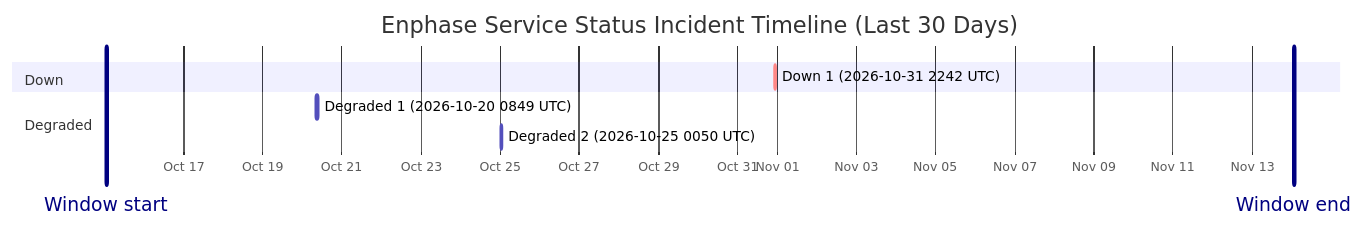
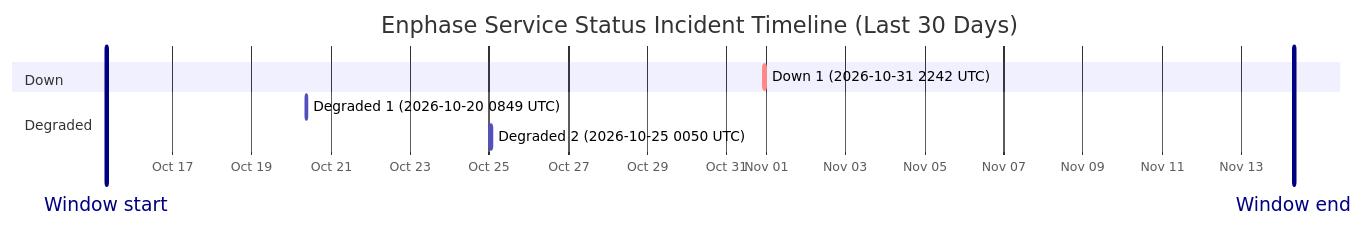
The diagram in wiki/Service-Status-History.md (barneyonline/ha-enphase-energy), drawn with Mermaid before and after one commit. The commit also changed other lines of this file and 3 other files, not shown here.

````diff
--- a/wiki/Service-Status-History.md
+++ b/wiki/Service-Status-History.md
@@ -14,13 +14,13 @@
 ```mermaid
 gantt
     title Enphase Service Status Incident Timeline (Last 30 Days)
     dateFormat  YYYY-MM-DDTHH:mm:ss
     axisFormat  %b %d
-    Window start :vert, window-start, 2026-10-15T01:19:42, 0ms
-    Window end :vert, window-end, 2026-11-14T01:19:42, 0ms
+    Window start :vert, window-start, 2026-10-15T07:50:42, 0ms
+    Window end :vert, window-end, 2026-11-14T07:50:42, 0ms
     section Down
     Down 1 (2026-10-31 2242 UTC) :crit, down-1, 2026-10-31T22:42:18, 60m
     section Degraded
     Degraded 1 (2026-10-20 0849 UTC) :active, degraded-1, 2026-10-20T08:49:49, 60m
     Degraded 2 (2026-10-25 0050 UTC) :active, degraded-2, 2026-10-25T00:50:01, 60m
 ```
````
